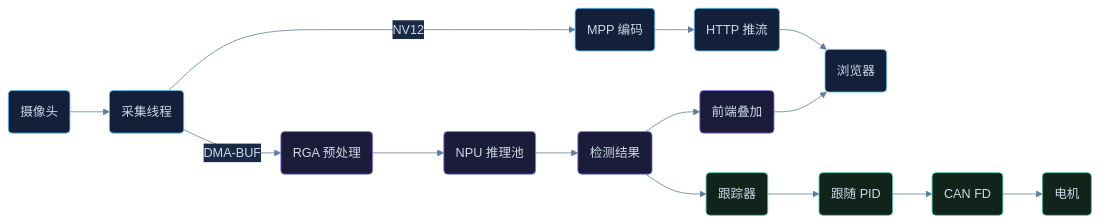
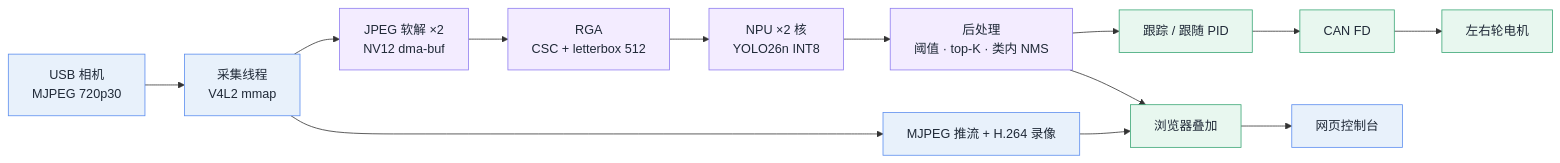
Before and after one commit to qianruo-orange/autonomous-driving-car: the first of 5 diagrams in README.md, drawn with Mermaid. The commit also changed other lines of this file and 2 other files, not shown here.

````diff
--- a/README.md
+++ b/README.md
@@ -85,15 +85,21 @@
 ```mermaid
-%%{init: {'theme':'base','themeVariables':{'primaryColor':'#12203a','primaryTextColor':'#cdd9e8','primaryBorderColor':'#5ec2f0','lineColor':'#5e7ea0','secondaryColor':'#1a2a44','tertiaryColor':'#0f1a2e','fontFamily':'Segoe UI, Helvetica, Arial, sans-serif'}}}%%
 flowchart LR
-    CAM(摄像头) --> CAP(采集线程)
-    CAP -->|DMA-BUF| RGA(RGA 预处理) --> POOL(NPU 推理池) --> DET(检测结果)
-    CAP -->|NV12| MPP(MPP 编码) --> HTTP(HTTP 推流) --> BR(浏览器)
-    DET --> OVL(前端叠加) --> BR
-    DET --> TRK(跟踪器) --> PID(跟随 PID) --> CAN(CAN FD) --> MOTOR(电机)
-    classDef a fill:#12203a,stroke:#5ec2f0,color:#cdd9e8
-    classDef b fill:#1b1b3a,stroke:#8f7cf0,color:#cdd9e8
-    classDef c fill:#10241c,stroke:#4cc9a0,color:#cdd9e8
-    class CAM,CAP,MPP,HTTP,BR a
-    class RGA,POOL,DET,OVL b
-    class TRK,PID,CAN,MOTOR c
+    CAM["USB 相机<br/>MJPEG 720p30"] --> CAP["采集线程<br/>V4L2 mmap"]
+    CAP --> DEC["JPEG 软解 ×2<br/>NV12 dma-buf"]
+    DEC --> RGA["RGA<br/>CSC + letterbox 512"]
+    RGA --> NPU["NPU ×2 核<br/>YOLO26n INT8"]
+    NPU --> POST["后处理<br/>阈值 · top-K · 类内 NMS"]
+    POST --> TRK["跟踪 / 跟随 PID"]
+    TRK --> CAN["CAN FD"] --> MOTOR["左右轮电机"]
+    CAP --> STREAM["MJPEG 推流 + H.264 录像"]
+    POST --> OVL["浏览器叠加"]
+    STREAM --> OVL
+    OVL --> WEB["网页控制台"]
+
+    classDef io fill:#e8f1fb,stroke:#5b8def,color:#1f2937
+    classDef hw fill:#f3ecff,stroke:#8f7cf0,color:#1f2937
+    classDef ctl fill:#e8f7ef,stroke:#3aa675,color:#1f2937
+    class CAM,CAP,STREAM,WEB io
+    class DEC,RGA,NPU,POST hw
+    class TRK,CAN,MOTOR,OVL ctl
 ```
````
